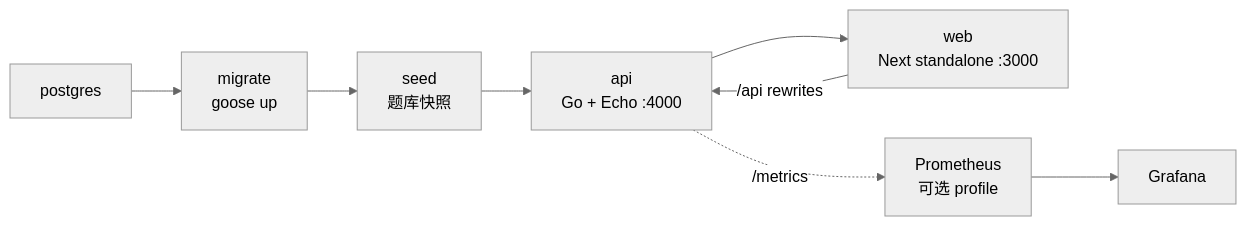
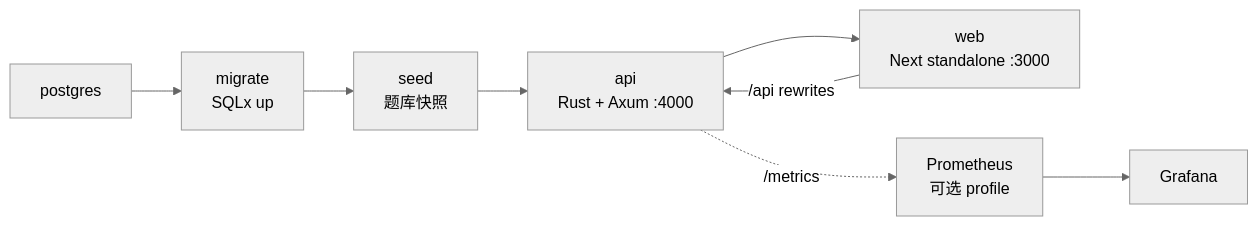
Before and after one commit to jachinzhang1/TouhouFlandre: the diagram in docs/deployment.md, drawn with Mermaid (neutral theme). The commit also changed other lines of this file and 414 other files, not shown here.

First line of the commit message:
feat(api): replace Go backend with layered Rust services

````diff
--- a/docs/deployment.md
+++ b/docs/deployment.md
@@ -9,10 +9,10 @@
 ```mermaid
 flowchart LR
-    P[postgres] --> M[migrate<br/>goose up]
+    P[postgres] --> M[migrate<br/>SQLx up]
     M --> S[seed<br/>题库快照]
-    S --> A[api<br/>Go + Echo :4000]
+    S --> A[api<br/>Rust + Axum :4000]
     A --> W[web<br/>Next standalone :3000]
     W -->|/api rewrites| A
     A -. /metrics .-> Pm[Prometheus<br/>可选 profile]
     Pm --> G[Grafana]
 ```
````
